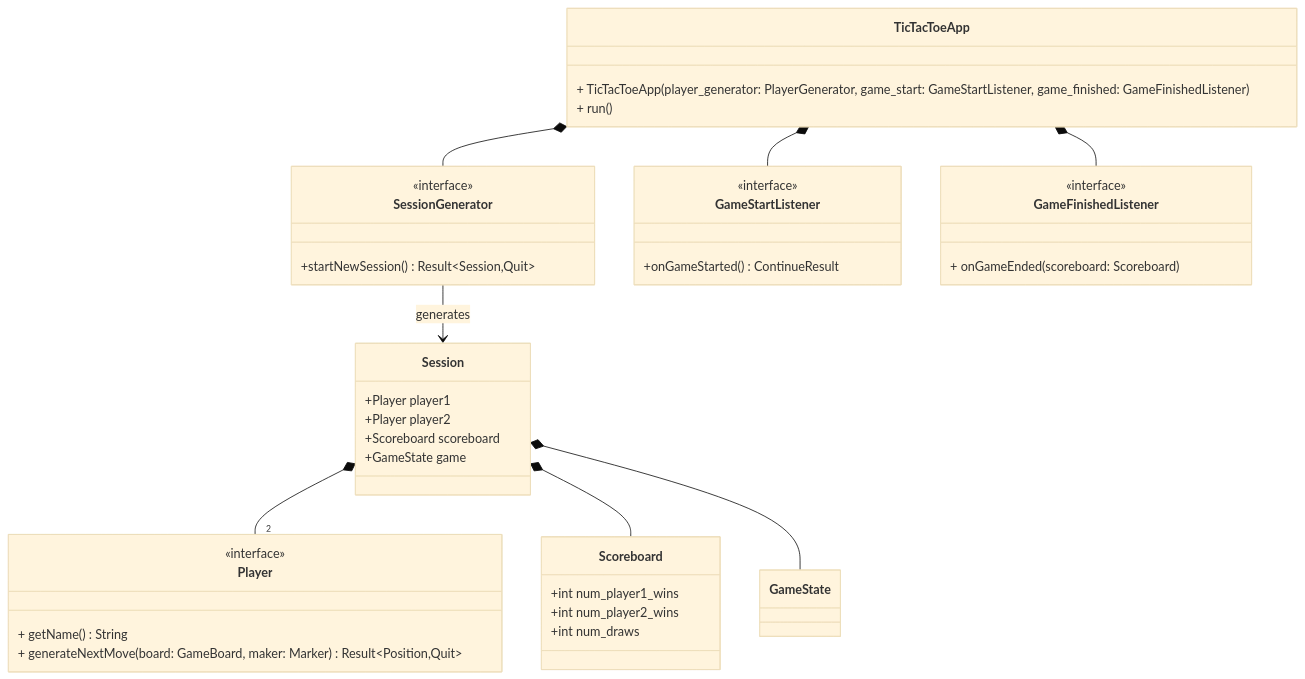
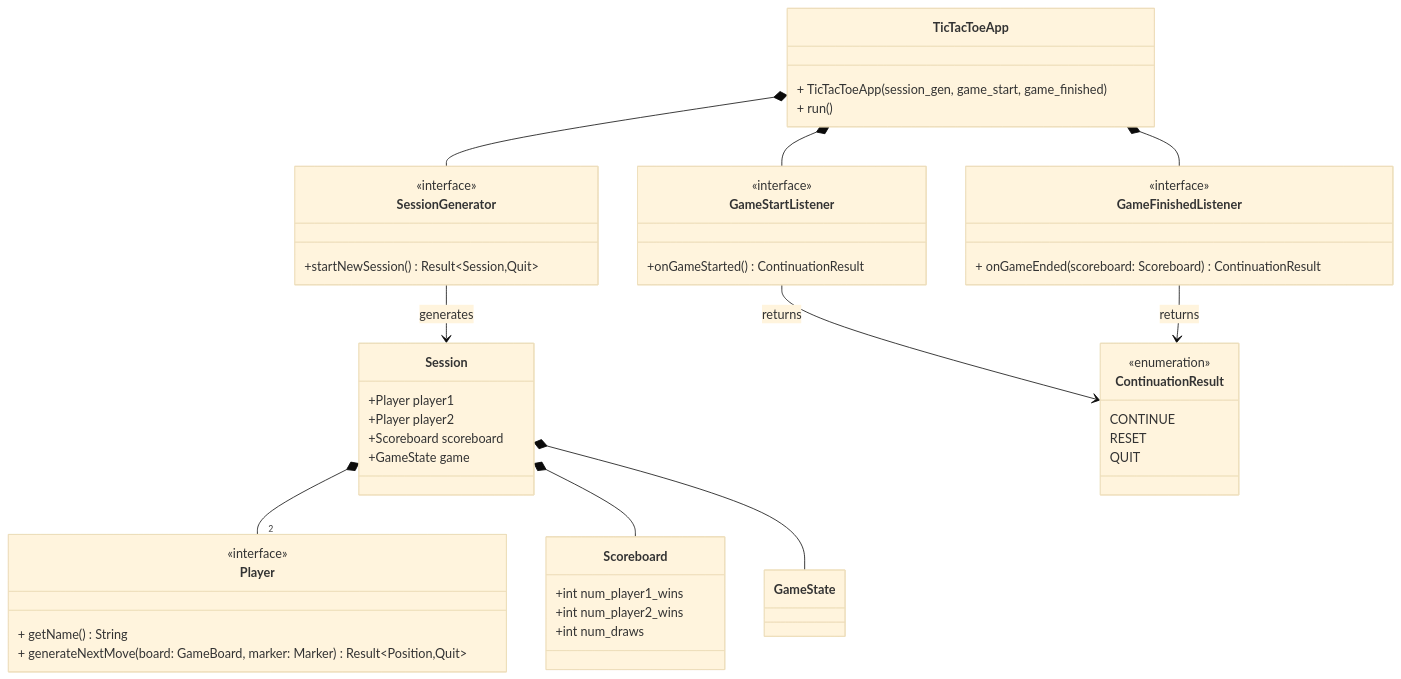
The fifth of 5 diagrams in docs/REFERENCE_ARCHITECTURE.md (jashar86/tic-tac-toe), drawn with Mermaid (base theme) before and after one commit. The commit also changed other lines of this file, not shown here.

````diff
--- a/docs/REFERENCE_ARCHITECTURE.md
+++ b/docs/REFERENCE_ARCHITECTURE.md
@@ -176,51 +222,61 @@
 ```mermaid
 classDiagram
 
     class TicTacToeApp {
-        + TicTacToeApp(player_generator: PlayerGenerator, game_start: GameStartListener, game_finished: GameFinishedListener)
+        + TicTacToeApp(session_gen, game_start, game_finished)
         + run()
     }
 
     class Session {
         +Player player1
         +Player player2
         +Scoreboard scoreboard
         +GameState game
     }
 
     class Scoreboard {
         +int num_player1_wins
         +int num_player2_wins
         +int num_draws
     }
 
     class SessionGenerator {
         <<interface>>
         +startNewSession() Result~Session,Quit~
     }
 
     class Player {
         <<interface>>
         + getName() String
-        + generateNextMove(board: GameBoard, maker: Marker) Result~Position,Quit~
+        + generateNextMove(board: GameBoard, marker: Marker) Result~Position,Quit~
     }
 
     class GameStartListener {
         <<interface>>
-        +onGameStarted() ContinueResult
+        +onGameStarted() ContinuationResult
     }
+
+    class ContinuationResult {
+        <<enumeration>>
+        CONTINUE
+        RESET
+        QUIT
+    } 
 
     class GameFinishedListener {
         <<interface>>
-        + onGameEnded(scoreboard: Scoreboard)
+        + onGameEnded(scoreboard: Scoreboard) ContinuationResult
     }
 
     TicTacToeApp *-- SessionGenerator
     TicTacToeApp *-- GameStartListener
     TicTacToeApp *-- GameFinishedListener
 
     SessionGenerator --> Session : generates
     Session *-- "2" Player
     Session *-- Scoreboard
     Session *-- GameState
+
+    GameStartListener --> ContinuationResult : returns
+    GameFinishedListener --> ContinuationResult : returns
 ```
````
